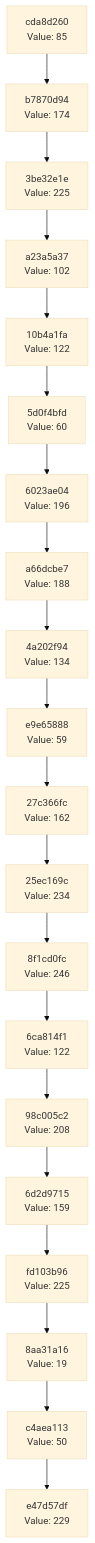
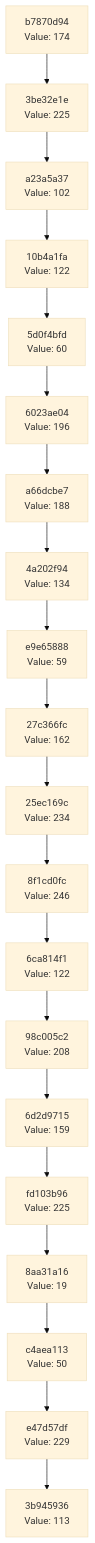
Before and after one commit to Abhisheksinha1506/hash-chain-evolver: the diagram in docs/CHAIN_VISUALIZATION.md, drawn with Mermaid (base theme). The commit also changed 1 other file, not shown here.

Commit message:
Evolution Step

````diff
--- a/docs/CHAIN_VISUALIZATION.md
+++ b/docs/CHAIN_VISUALIZATION.md
@@ -3,42 +3,42 @@
 ```mermaid
 graph TD
-    C0["e47d57df<br/>Value: 229"]
-    C1["c4aea113<br/>Value: 50"]
+    C0["3b945936<br/>Value: 113"]
+    C1["e47d57df<br/>Value: 229"]
     C1 --> C0
-    C2["8aa31a16<br/>Value: 19"]
+    C2["c4aea113<br/>Value: 50"]
     C2 --> C1
-    C3["fd103b96<br/>Value: 225"]
+    C3["8aa31a16<br/>Value: 19"]
     C3 --> C2
-    C4["6d2d9715<br/>Value: 159"]
+    C4["fd103b96<br/>Value: 225"]
     C4 --> C3
-    C5["98c005c2<br/>Value: 208"]
+    C5["6d2d9715<br/>Value: 159"]
     C5 --> C4
-    C6["6ca814f1<br/>Value: 122"]
+    C6["98c005c2<br/>Value: 208"]
     C6 --> C5
-    C7["8f1cd0fc<br/>Value: 246"]
+    C7["6ca814f1<br/>Value: 122"]
     C7 --> C6
-    C8["25ec169c<br/>Value: 234"]
+    C8["8f1cd0fc<br/>Value: 246"]
     C8 --> C7
-    C9["27c366fc<br/>Value: 162"]
+    C9["25ec169c<br/>Value: 234"]
     C9 --> C8
-    C10["e9e65888<br/>Value: 59"]
+    C10["27c366fc<br/>Value: 162"]
     C10 --> C9
-    C11["4a202f94<br/>Value: 134"]
+    C11["e9e65888<br/>Value: 59"]
     C11 --> C10
-    C12["a66dcbe7<br/>Value: 188"]
+    C12["4a202f94<br/>Value: 134"]
     C12 --> C11
-    C13["6023ae04<br/>Value: 196"]
+    C13["a66dcbe7<br/>Value: 188"]
     C13 --> C12
-    C14["5d0f4bfd<br/>Value: 60"]
+    C14["6023ae04<br/>Value: 196"]
     C14 --> C13
-    C15["10b4a1fa<br/>Value: 122"]
+    C15["5d0f4bfd<br/>Value: 60"]
     C15 --> C14
-    C16["a23a5a37<br/>Value: 102"]
+    C16["10b4a1fa<br/>Value: 122"]
     C16 --> C15
-    C17["3be32e1e<br/>Value: 225"]
+    C17["a23a5a37<br/>Value: 102"]
     C17 --> C16
-    C18["b7870d94<br/>Value: 174"]
+    C18["3be32e1e<br/>Value: 225"]
     C18 --> C17
-    C19["cda8d260<br/>Value: 85"]
+    C19["b7870d94<br/>Value: 174"]
     C19 --> C18
 ```
````
